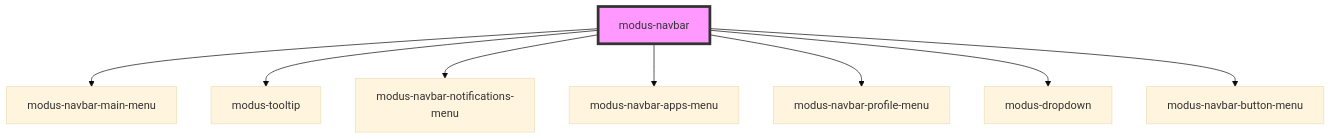
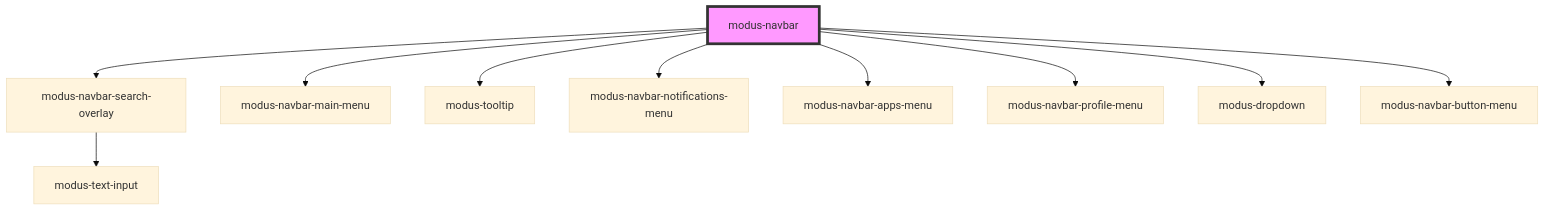
The diagram in stencil-workspace/src/components/modus-navbar/readme.md (trimble-oss/modus-web-components), drawn with Mermaid (base theme) before and after one commit. The commit also changed other lines of this file and 18 other files, not shown here.

First line of the commit message:
[EPD-11101] Search - add overlay and search functionality to Modus bar

````diff
--- a/stencil-workspace/src/components/modus-navbar/readme.md
+++ b/stencil-workspace/src/components/modus-navbar/readme.md
@@ -78,11 +82,13 @@
 ```mermaid
 graph TD;
+  modus-navbar --> modus-navbar-search-overlay
   modus-navbar --> modus-navbar-main-menu
   modus-navbar --> modus-tooltip
   modus-navbar --> modus-navbar-notifications-menu
   modus-navbar --> modus-navbar-apps-menu
   modus-navbar --> modus-navbar-profile-menu
   modus-navbar --> modus-dropdown
   modus-navbar --> modus-navbar-button-menu
+  modus-navbar-search-overlay --> modus-text-input
   style modus-navbar fill:#f9f,stroke:#333,stroke-width:4px
 ```
````
